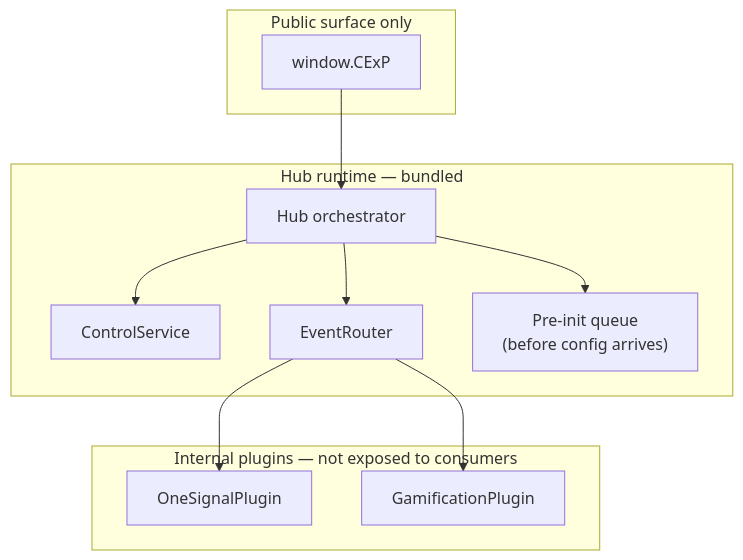
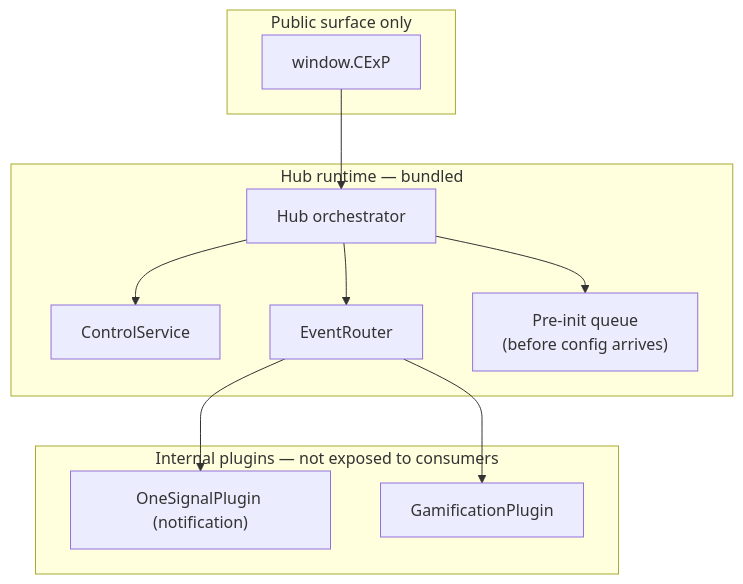
Before and after one commit to CExP-dev/cexp-hub-sdk: the fourth of 8 diagrams in docs/superpowers/architecture/2026-03-20-cexp-hub-sdk-system-architecture.md, drawn with Mermaid. The commit also changed other lines of this file and 23 other files, not shown here.

````diff
--- a/docs/superpowers/architecture/2026-03-20-cexp-hub-sdk-system-architecture.md
+++ b/docs/superpowers/architecture/2026-03-20-cexp-hub-sdk-system-architecture.md
@@ -115,26 +115,26 @@
 ```mermaid
 flowchart TB
   subgraph publicAPI [Public surface only]
     CExP["window.CExP"]
   end
 
   subgraph hubRuntime [Hub runtime — bundled]
     Hub[Hub orchestrator]
     ControlSvc[ControlService]
     Router[EventRouter]
     PreQ["Pre-init queue\n(before config arrives)"]
   end
 
   subgraph plugins [Internal plugins — not exposed to consumers]
-    POne[OneSignalPlugin]
+    POne["OneSignalPlugin (notification)"]
     PGam[GamificationPlugin]
   end
 
   CExP --> Hub
   Hub --> ControlSvc
   Hub --> Router
   Hub --> PreQ
 
   Router --> POne
   Router --> PGam
 ```
````
